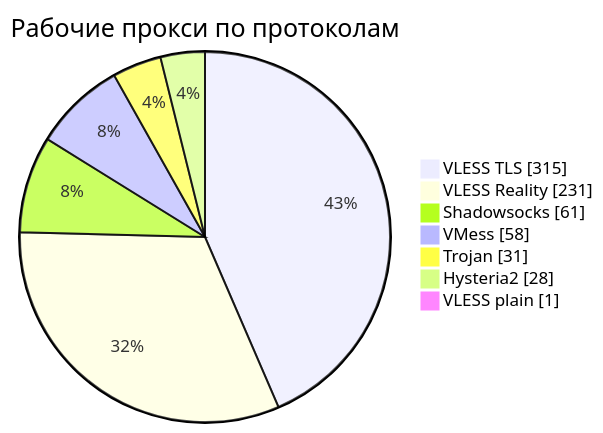
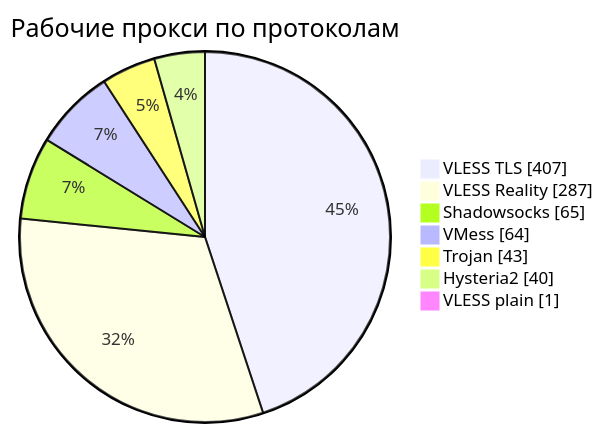
Before and after one commit to rvvg/proxy-subs: the third of 4 diagrams in README.md, drawn with Mermaid. The commit also changed other lines of this file and 49 other files, not shown here.

````diff
--- a/README.md
+++ b/README.md
@@ -130,11 +140,11 @@
 ```mermaid
 pie showData
     title Рабочие прокси по протоколам
-    "VLESS TLS" : 315
-    "VLESS Reality" : 231
-    "Shadowsocks" : 61
-    "VMess" : 58
-    "Trojan" : 31
-    "Hysteria2" : 28
+    "VLESS TLS" : 407
+    "VLESS Reality" : 287
+    "Shadowsocks" : 65
+    "VMess" : 64
+    "Trojan" : 43
+    "Hysteria2" : 40
     "VLESS plain" : 1
 ```
````
